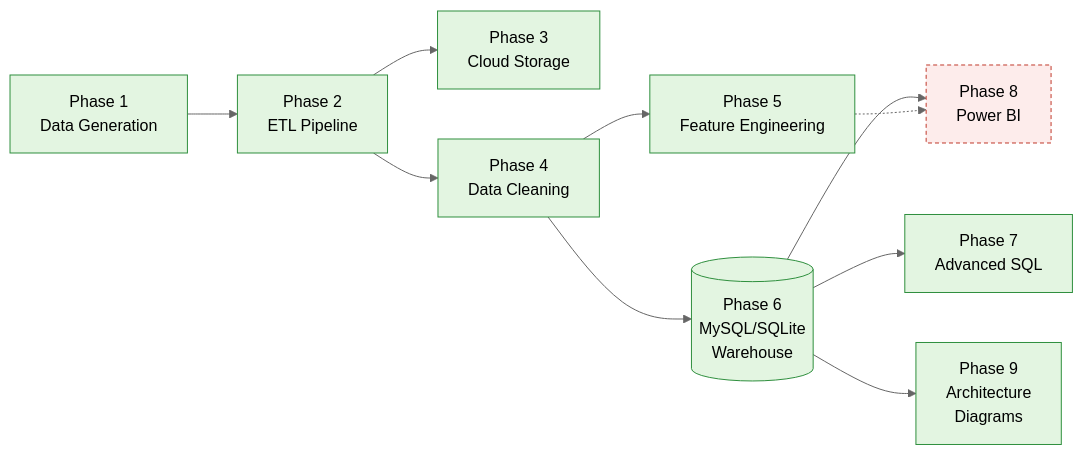
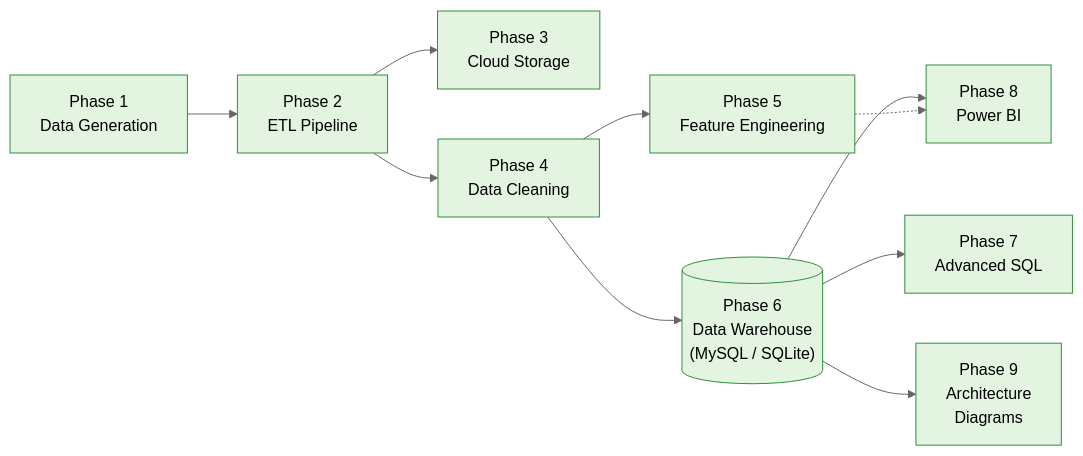
One commit to Ayyappanmj/Enterprise-Ecommerce-SupplyChain-Optimization changed the diagram in README.md. Above: the diagram before and after it, drawn with Mermaid (neutral theme). The commit also changed other lines of this file, not shown here.

Commit message:
Update README: clean AI-generated status text and polish documentation

````diff
--- a/README.md
+++ b/README.md
@@ -87,17 +54,15 @@
 ```mermaid
 flowchart LR
     Gen["Phase 1\nData Generation"] --> ETL["Phase 2\nETL Pipeline"]
     ETL --> Cloud["Phase 3\nCloud Storage"]
     ETL --> Clean["Phase 4\nData Cleaning"]
     Clean --> Feat["Phase 5\nFeature Engineering"]
-    Clean --> WH[("Phase 6\nMySQL/SQLite\nWarehouse")]
+    Clean --> WH[("Phase 6\nData Warehouse\n(MySQL / SQLite)")]
     WH --> SQL["Phase 7\nAdvanced SQL"]
     WH --> BI["Phase 8\nPower BI"]
     Feat -.-> BI
     WH --> Diag["Phase 9\nArchitecture\nDiagrams"]
 
     classDef done fill:#e3f5e1,stroke:#2f8f3e
-    class Gen,ETL,Cloud,Clean,Feat,WH,SQL,Diag done
-    classDef partial fill:#fdeceb,stroke:#c0392b,stroke-dasharray: 4 3
-    class BI partial
+    class Gen,ETL,Cloud,Clean,Feat,WH,SQL,BI,Diag done
 ```
````
